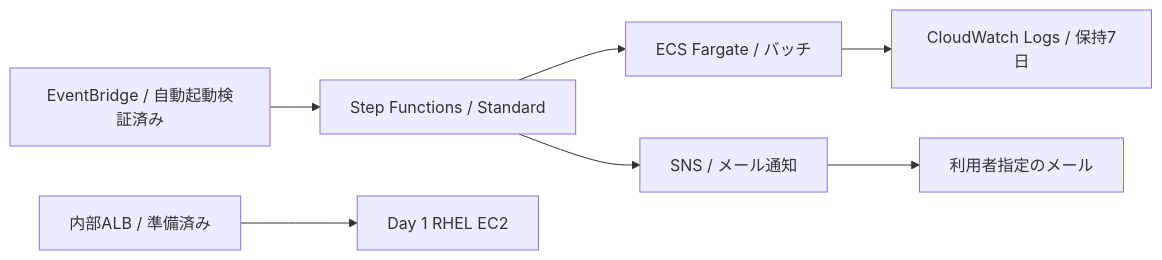
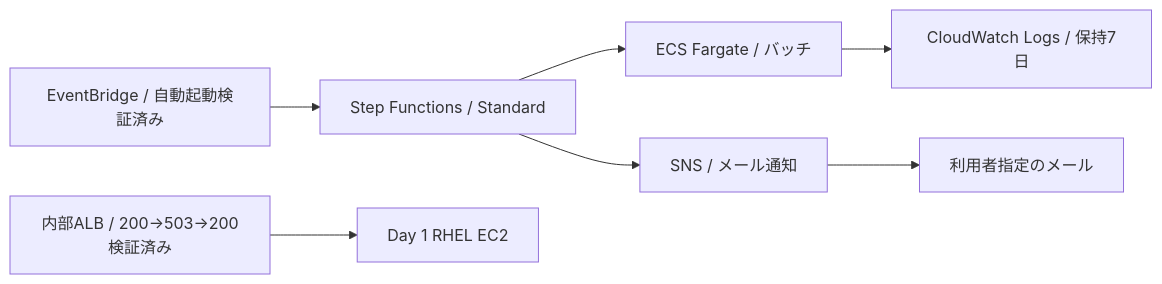
The diagram in docs/day4-console.md (mika-it-labs/aws-infrastructure-devops-portfolio), drawn with Mermaid before and after one commit. The commit also changed other lines of this file, not shown here.

Commit message:
docs: record Day4 monitoring fault recovery and remaining cleanup

````diff
--- a/docs/day4-console.md
+++ b/docs/day4-console.md
@@ -9,9 +9,9 @@
 ```mermaid
 flowchart LR
   SFN["Step Functions / Standard"] --> ECS["ECS Fargate / バッチ"]
   ECS --> CW["CloudWatch Logs / 保持7日"]
   SFN --> SNS["SNS / メール通知"]
   SNS --> Email["利用者指定のメール"]
   Event["EventBridge / 自動起動検証済み"] --> SFN
-  ALB["内部ALB / 準備済み"] --> EC2["Day 1 RHEL EC2"]
+  ALB["内部ALB / 200→503→200検証済み"] --> EC2["Day 1 RHEL EC2"]
 ```
````
